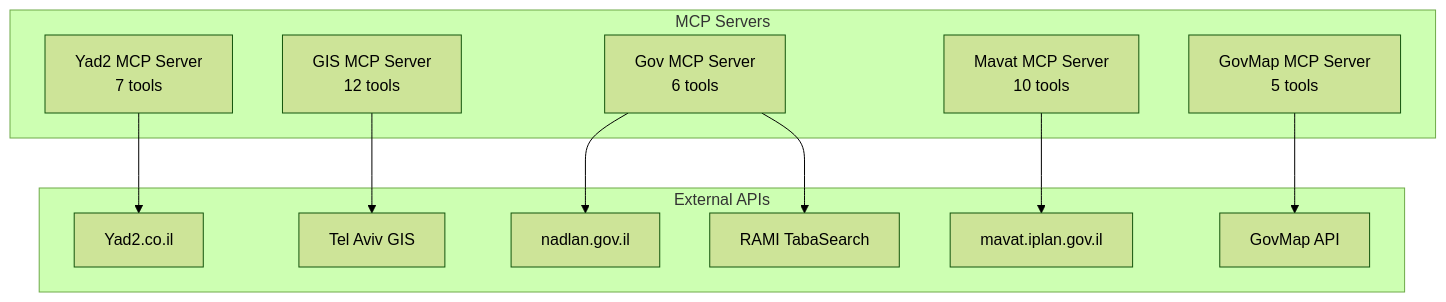
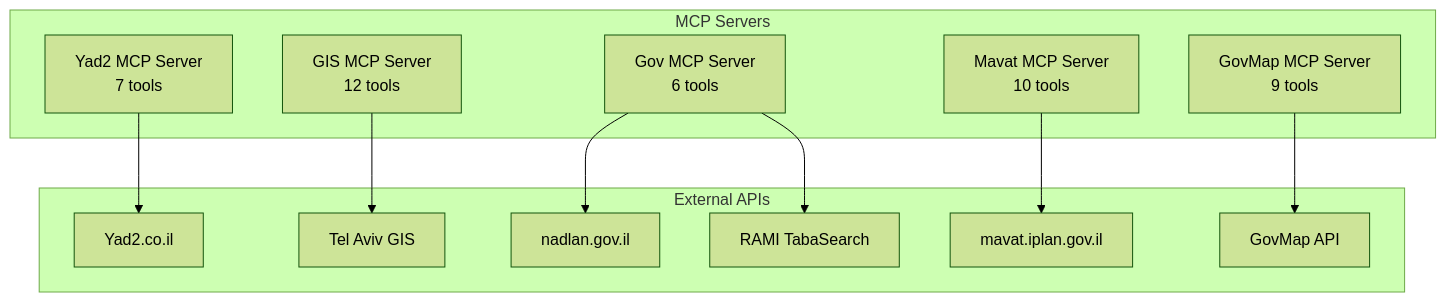
The diagram in docs/MCP_TOOLS.md (MrAnde7son/realestate-agent), drawn with Mermaid (forest theme) before and after one commit. The commit also changed other lines of this file and 2 other files, not shown here.

````diff
--- a/docs/MCP_TOOLS.md
+++ b/docs/MCP_TOOLS.md
@@ -9,26 +9,26 @@
 ```mermaid
 graph TB
     subgraph "MCP Servers"
         YAD2[Yad2 MCP Server<br/>7 tools]
         GIS[GIS MCP Server<br/>12 tools]
         GOV[Gov MCP Server<br/>6 tools]
         MAVAT[Mavat MCP Server<br/>10 tools]
-        GOVMAP[GovMap MCP Server<br/>5 tools]
+        GOVMAP[GovMap MCP Server<br/>9 tools]
     end
     
     subgraph "External APIs"
         YAD2_API[Yad2.co.il]
         TLV_GIS[Tel Aviv GIS]
         NADLAN[nadlan.gov.il]
         RAMI[RAMI TabaSearch]
         MAVAT_API[mavat.iplan.gov.il]
         GOVMAP_API[GovMap API]
     end
     
     YAD2 --> YAD2_API
     GIS --> TLV_GIS
     GOV --> NADLAN
     GOV --> RAMI
     MAVAT --> MAVAT_API
     GOVMAP --> GOVMAP_API
 ```
````
